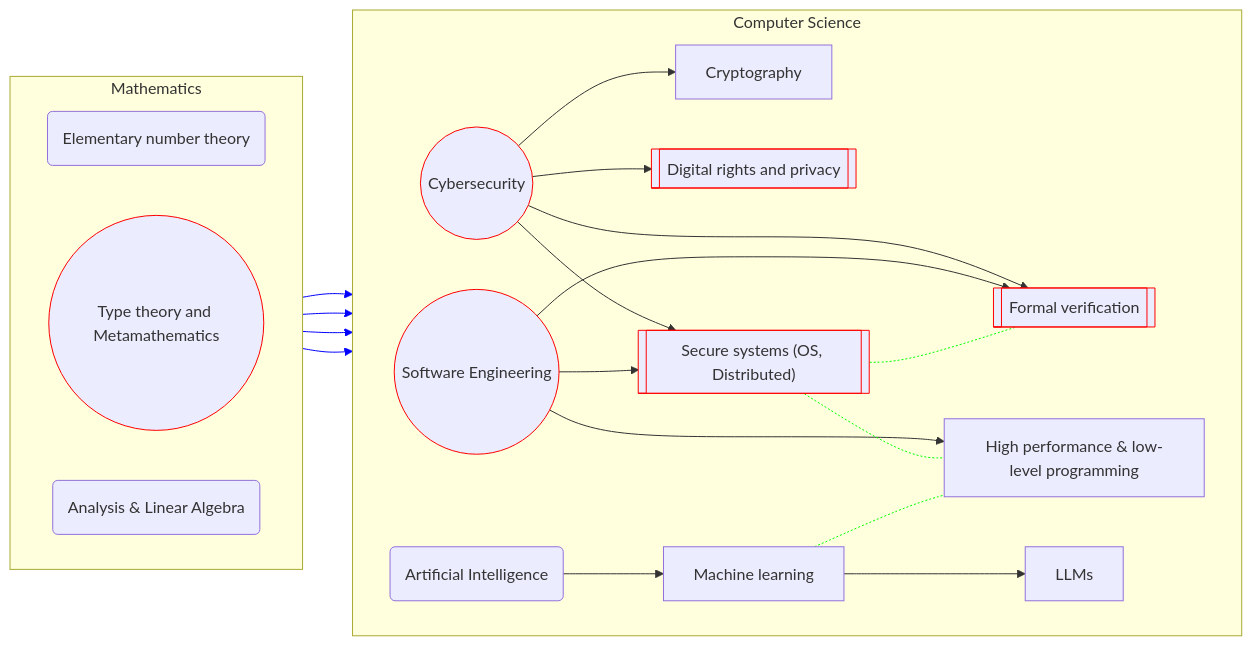
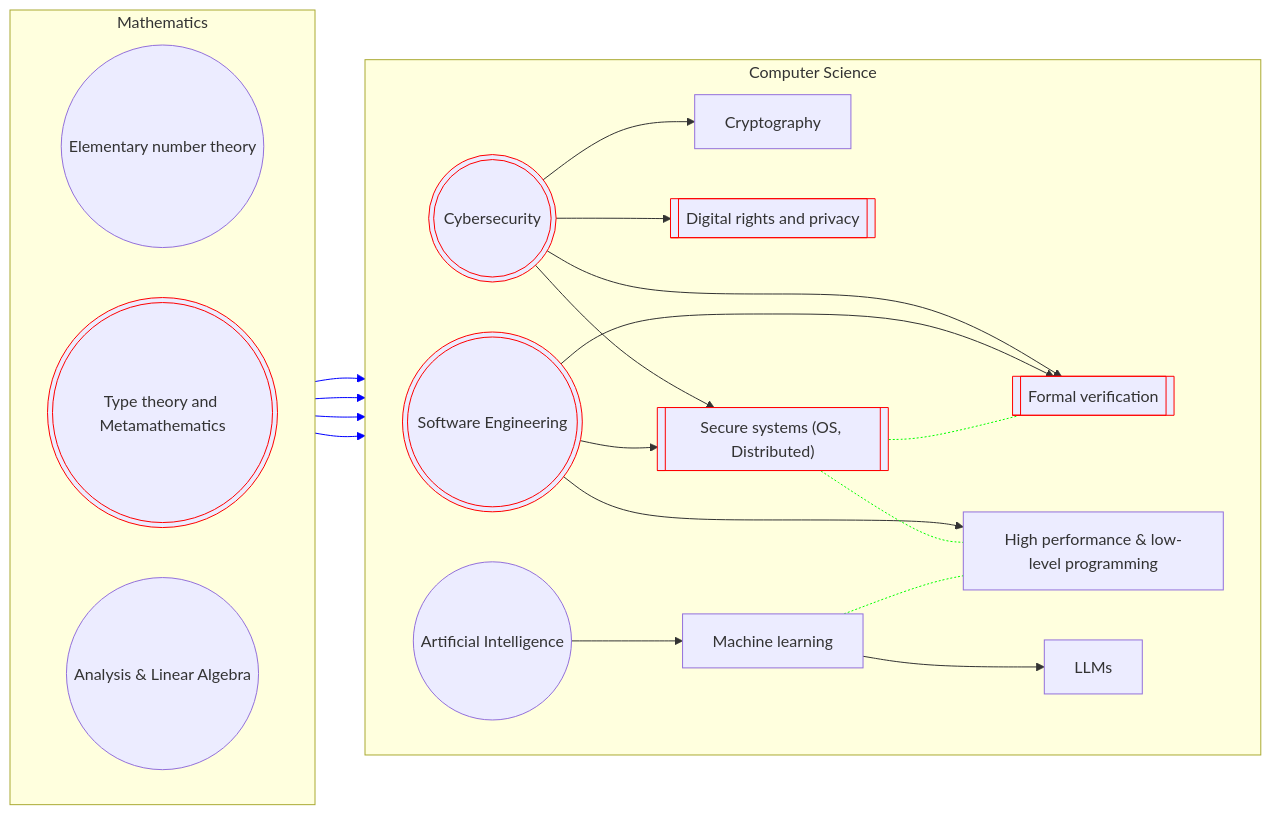
The diagram in README.md (guanyuming-he/guanyuming-he), drawn with Mermaid before and after one commit.

````diff
--- a/README.md
+++ b/README.md
@@ -5,50 +5,50 @@
 ```mermaid
 flowchart LR
 	%% Primary general topic, general topic, primary subtopic, subtopic,
 	%% respectively
 	classDef gen-pri	shape:dbl-circ,stroke:#f00
 	classDef gen		shape:circle
 	classDef sub-pri	shape:subproc,stroke:#f00
 	classDef sub		shape:rect
 
 	%% Left side: CS
 	subgraph "Computer Science"
 		direction LR
 		%% General directions
-		CY((Cybersecurity)):::gen-pri
-		SE((Software Engineering)):::gen-pri
-		AI(Artificial Intelligence):::gen
+		CY(((Cybersecurity))):::gen-pri
+		SE(((Software Engineering))):::gen-pri
+		AI((Artificial Intelligence)):::gen
 
 		%% Cybersecurity branches
 		CY --> CR[Cryptography]:::sub
 		CY --> DR[["Digital rights and privacy"]]:::sub-pri
 		CY --> SS[["Secure systems (OS, Distributed)"]]:::sub-pri
 		CY --> FV[["Formal verification"]]:::sub-pri
 		SE --> SS
 		SE --> FV
 		SE --> HP["High performance & low-level programming"]:::sub
 		AI --> ML["Machine learning"]:::sub -->
 		LLM["LLMs"]:::sub
 
 		SS -.- HP
 		ML -.- HP
 		SS -.- FV
 		%% Change link color
 		linkStyle 9,10,11 stroke:#0f0 
 	end
 
 	%% Right side: Math
 	subgraph Mathematics
 		direction RL
-		EN(Elementary number theory):::gen
-		TT((Type theory and Metamathematics)):::gen-pri
-		AL(Analysis & Linear Algebra):::gen
+		EN((Elementary number theory)):::gen
+		TT(((Type theory and Metamathematics))):::gen-pri
+		AL((Analysis & Linear Algebra)):::gen
 
 		EN --> CR
 		TT --> FV
 		AL --> ML
 		AL --> HP
 		%% Change link color
 		linkStyle 12,13,14,15 stroke:#00f
 	end
 ```
````
